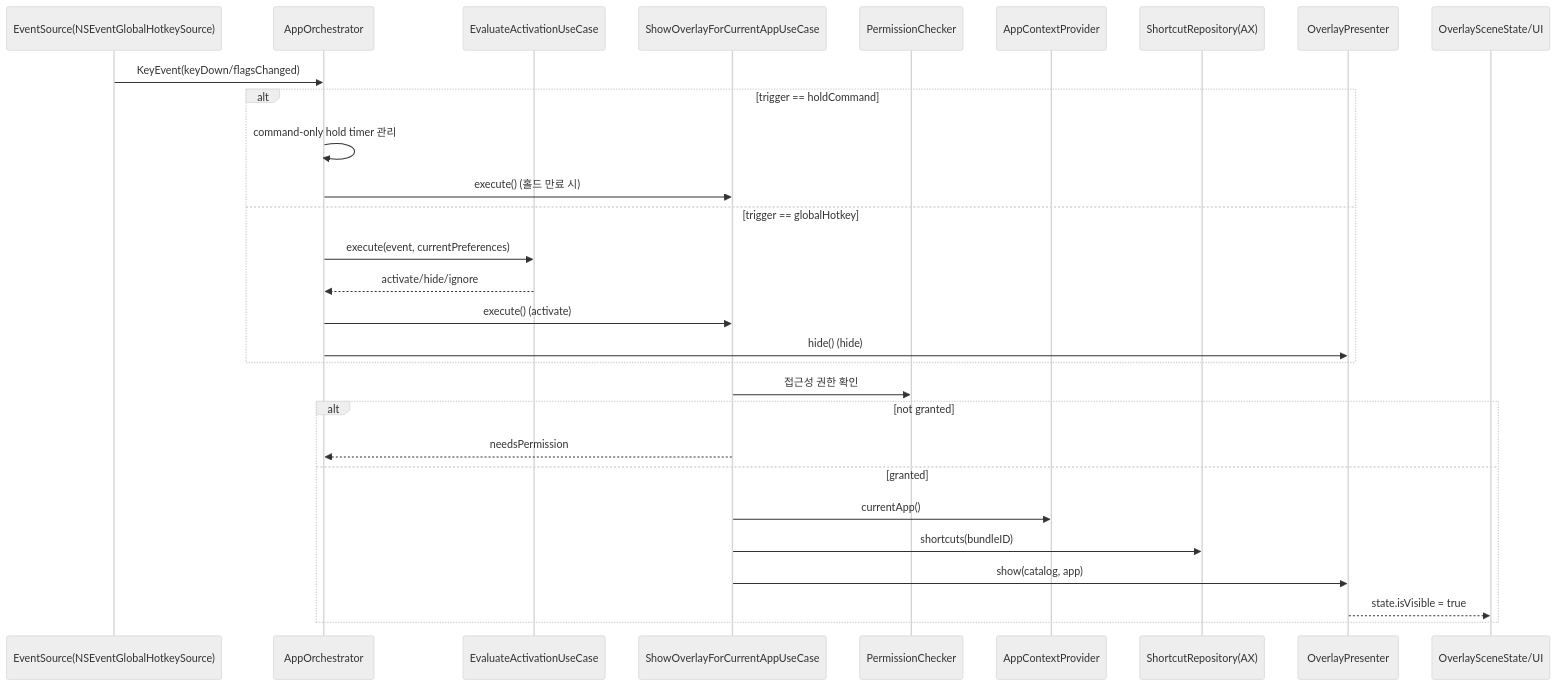
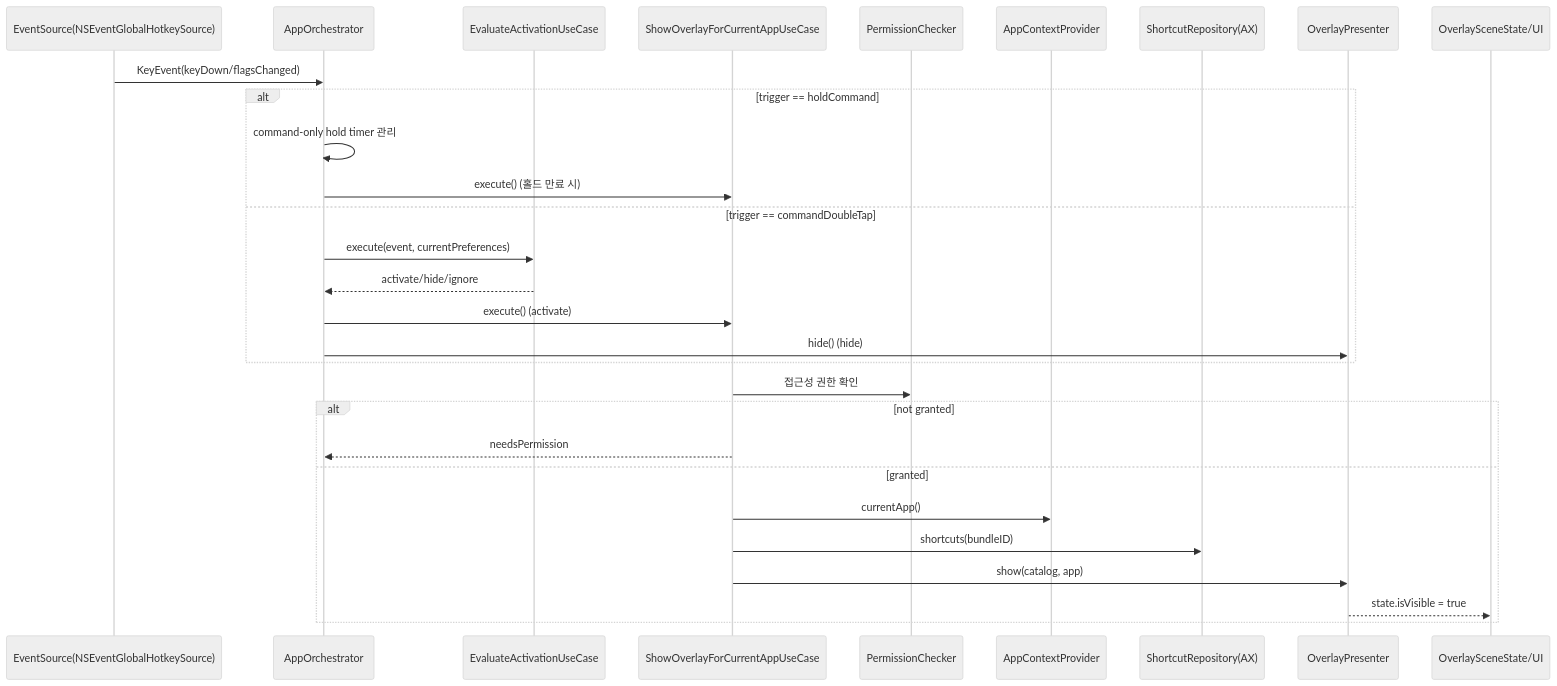
One commit to hahahoho-labs/KeydeukKeydeuk changed the second of 8 diagrams in ARCHITECTURE.md. Above: the diagram before and after it, drawn with Mermaid (neutral theme). The commit also changed other lines of this file, not shown here.

Commit message:
docs(architecture): update i18n and localization flow

````diff
--- a/ARCHITECTURE.md
+++ b/ARCHITECTURE.md
@@ -561,34 +573,34 @@
 ```mermaid
 sequenceDiagram
   participant ES as EventSource(NSEventGlobalHotkeySource)
   participant AO as AppOrchestrator
   participant EA as EvaluateActivationUseCase
   participant SO as ShowOverlayForCurrentAppUseCase
   participant PC as PermissionChecker
   participant AC as AppContextProvider
   participant SR as ShortcutRepository(AX)
   participant OP as OverlayPresenter
   participant UI as OverlaySceneState/UI
 
   ES->>AO: KeyEvent(keyDown/flagsChanged)
 
   alt trigger == holdCommand
     AO->>AO: command-only hold timer 관리
     AO->>SO: execute() (홀드 만료 시)
-  else trigger == globalHotkey
+  else trigger == commandDoubleTap
     AO->>EA: execute(event, currentPreferences)
     EA-->>AO: activate/hide/ignore
     AO->>SO: execute() (activate)
     AO->>OP: hide() (hide)
   end
 
   SO->>PC: 접근성 권한 확인
   alt not granted
     SO-->>AO: needsPermission
   else granted
     SO->>AC: currentApp()
     SO->>SR: shortcuts(bundleID)
     SO->>OP: show(catalog, app)
     OP-->>UI: state.isVisible = true
   end
 ```
````
